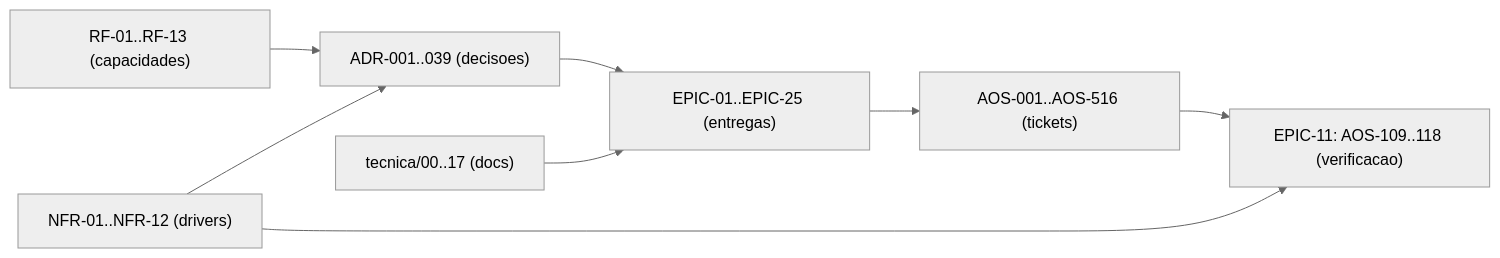
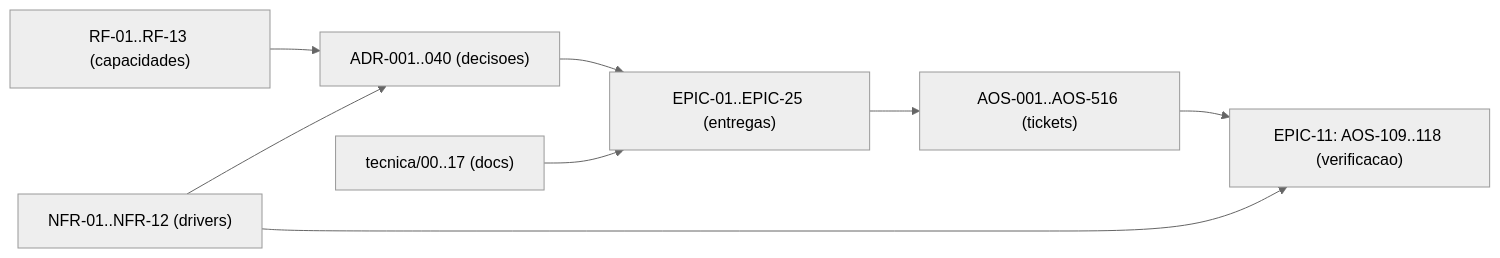
One commit to albinoJimy/aos changed the diagram in tecnica/16_Rastreabilidade_RTM.md. Above: the diagram before and after it, drawn with Mermaid (neutral theme). The commit also changed other lines of this file and 51 other files, not shown here.

````diff
--- a/tecnica/16_Rastreabilidade_RTM.md
+++ b/tecnica/16_Rastreabilidade_RTM.md
@@ -205,10 +207,10 @@
 ```mermaid
 flowchart LR
-    RF["RF-01..RF-13 (capacidades)"] --> ADR["ADR-001..039 (decisoes)"]
+    RF["RF-01..RF-13 (capacidades)"] --> ADR["ADR-001..040 (decisoes)"]
     NFR["NFR-01..NFR-12 (drivers)"] --> ADR
     ADR --> EPIC["EPIC-01..EPIC-25 (entregas)"]
     EPIC --> TICK["AOS-001..AOS-516 (tickets)"]
     DOC["tecnica/00..17 (docs)"] --> EPIC
     TICK --> TEST["EPIC-11: AOS-109..118 (verificacao)"]
     NFR --> TEST
 ```
````
